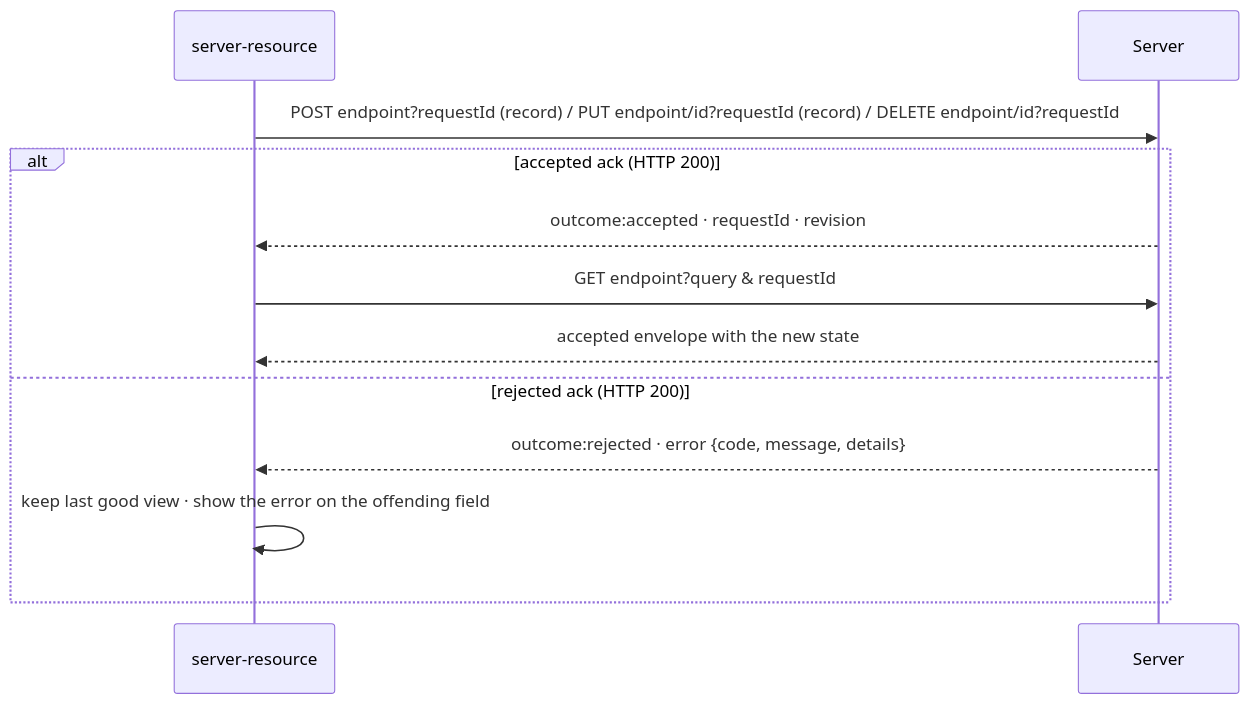
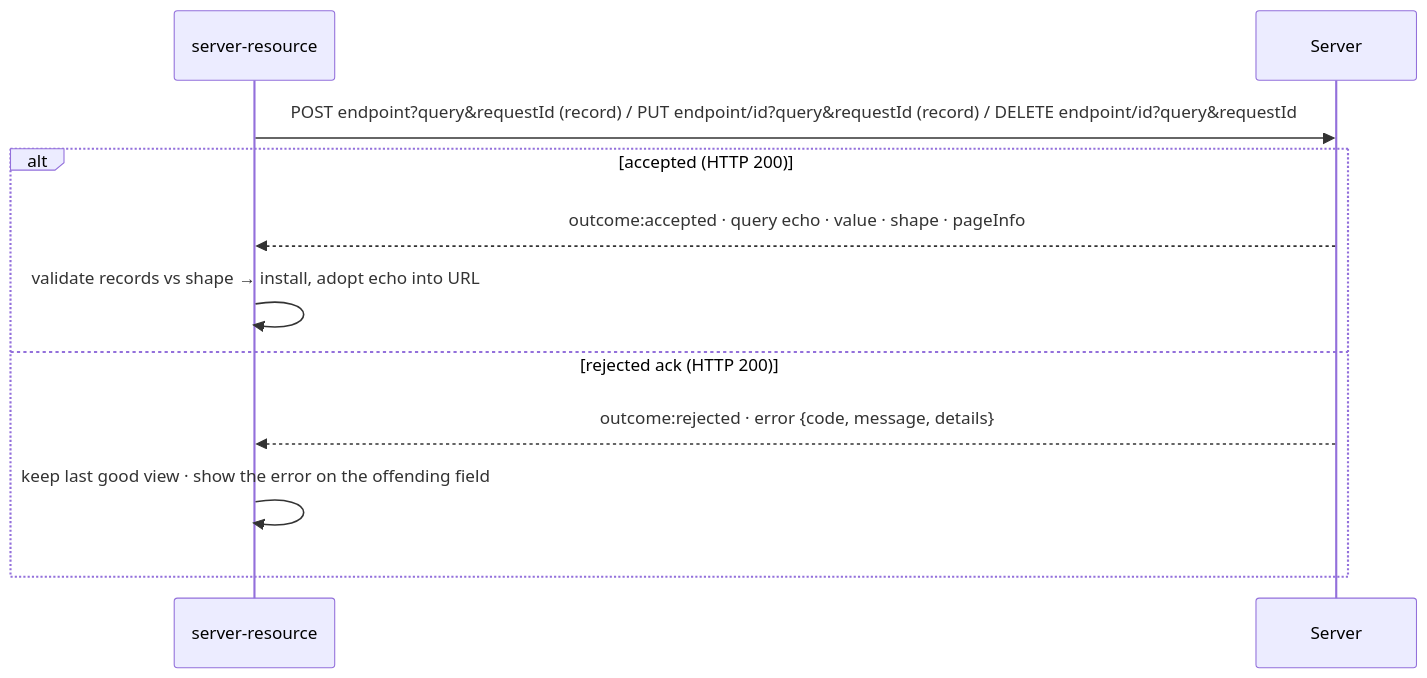
The second of 2 diagrams in barebuild/docs/server-contract.md (avanelsas/baredom), drawn with Mermaid before and after one commit. The commit also changed other lines of this file and 12 other files, not shown here.

````diff
--- a/barebuild/docs/server-contract.md
+++ b/barebuild/docs/server-contract.md
@@ -208,15 +210,14 @@
 ```mermaid
 %%{init: {'themeVariables': {'fontSize': '16px'}}}%%
 sequenceDiagram
   participant C as server-resource
   participant S as Server
-  C->>S: POST endpoint?requestId (record) / PUT endpoint/id?requestId (record) / DELETE endpoint/id?requestId
-  alt accepted ack (HTTP 200)
-    S-->>C: outcome:accepted · requestId · revision
-    C->>S: GET endpoint?query & requestId
-    S-->>C: accepted envelope with the new state
+  C->>S: POST endpoint?query&requestId (record) / PUT endpoint/id?query&requestId (record) / DELETE endpoint/id?query&requestId
+  alt accepted (HTTP 200)
+    S-->>C: outcome:accepted · query echo · value · shape · pageInfo
+    C->>C: validate records vs shape → install, adopt echo into URL
   else rejected ack (HTTP 200)
     S-->>C: outcome:rejected · error {code, message, details}
     C->>C: keep last good view · show the error on the offending field
   end
 ```
````
